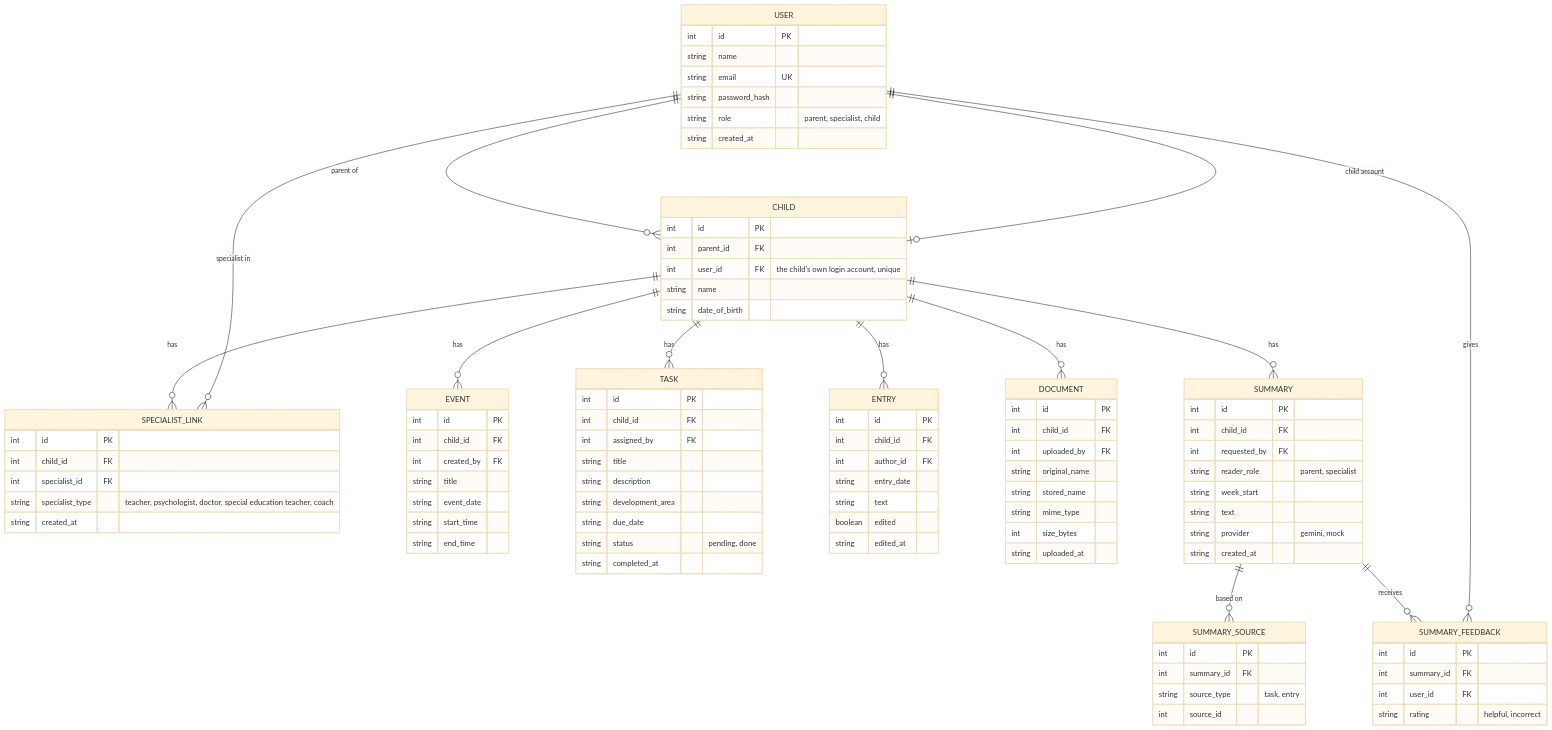
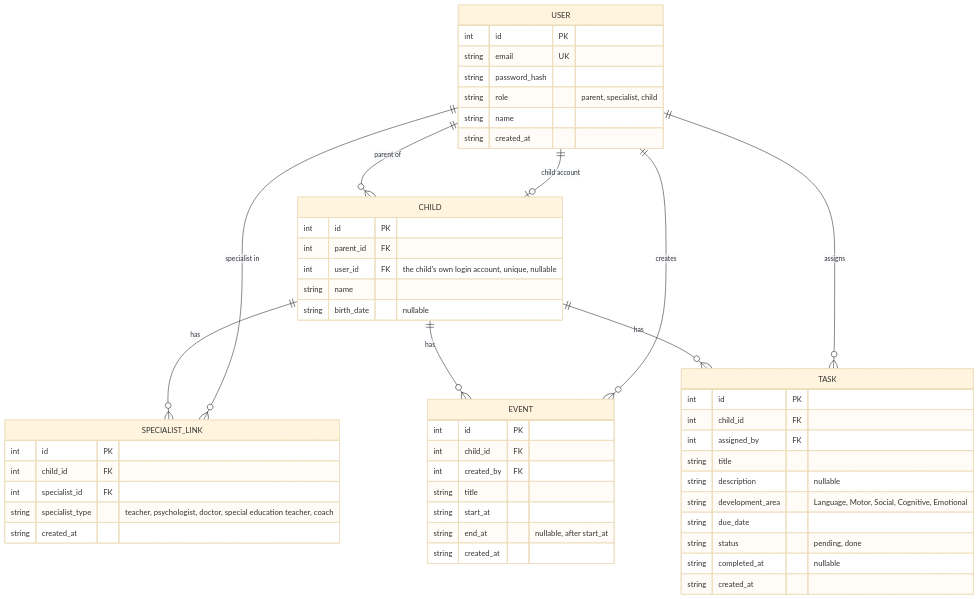
One commit to Alsoren/child-development-platform changed the second of 7 diagrams in docs/SDD.md. Above: the diagram before and after it, drawn with Mermaid (base theme). The commit also changed other lines of this file, not shown here.

Commit message:
SCRUM-36 finalize SDD: align with code, schema and API status

````diff
--- a/docs/SDD.md
+++ b/docs/SDD.md
@@ -65,28 +74,24 @@
     CHILD ||--o{ SPECIALIST_LINK : has
     USER ||--o{ SPECIALIST_LINK : "specialist in"
     CHILD ||--o{ EVENT : has
+    USER ||--o{ EVENT : creates
     CHILD ||--o{ TASK : has
-    CHILD ||--o{ ENTRY : has
-    CHILD ||--o{ DOCUMENT : has
-    CHILD ||--o{ SUMMARY : has
-    SUMMARY ||--o{ SUMMARY_SOURCE : "based on"
-    SUMMARY ||--o{ SUMMARY_FEEDBACK : receives
-    USER ||--o{ SUMMARY_FEEDBACK : gives
+    USER ||--o{ TASK : assigns
 
     USER {
         int id PK
-        string name
         string email UK
         string password_hash
         string role "parent, specialist, child"
+        string name
         string created_at
     }
     CHILD {
         int id PK
         int parent_id FK
-        int user_id FK "the child's own login account, unique"
+        int user_id FK "the child's own login account, unique, nullable"
         string name
-        string date_of_birth
+        string birth_date "nullable"
     }
     SPECIALIST_LINK {
         int id PK
@@ -100,60 +105,20 @@
         int child_id FK
         int created_by FK
         string title
-        string event_date
-        string start_time
-        string end_time
+        string start_at
+        string end_at "nullable, after start_at"
+        string created_at
     }
     TASK {
         int id PK
         int child_id FK
         int assigned_by FK
         string title
-        string description
-        string development_area
+        string description "nullable"
+        string development_area "Language, Motor, Social, Cognitive, Emotional"
         string due_date
         string status "pending, done"
-        string completed_at
-    }
-    ENTRY {
-        int id PK
-        int child_id FK
-        int author_id FK
-        string entry_date
-        string text
-        boolean edited
-        string edited_at
-    }
-    DOCUMENT {
-        int id PK
-        int child_id FK
-        int uploaded_by FK
-        string original_name
-        string stored_name
-        string mime_type
-        int size_bytes
-        string uploaded_at
-    }
-    SUMMARY {
-        int id PK
-        int child_id FK
-        int requested_by FK
-        string reader_role "parent, specialist"
-        string week_start
-        string text
-        string provider "gemini, mock"
+        string completed_at "nullable"
         string created_at
     }
-    SUMMARY_SOURCE {
-        int id PK
-        int summary_id FK
-        string source_type "task, entry"
-        int source_id
-    }
-    SUMMARY_FEEDBACK {
-        int id PK
-        int summary_id FK
-        int user_id FK
-        string rating "helpful, incorrect"
-    }
 ```
````
